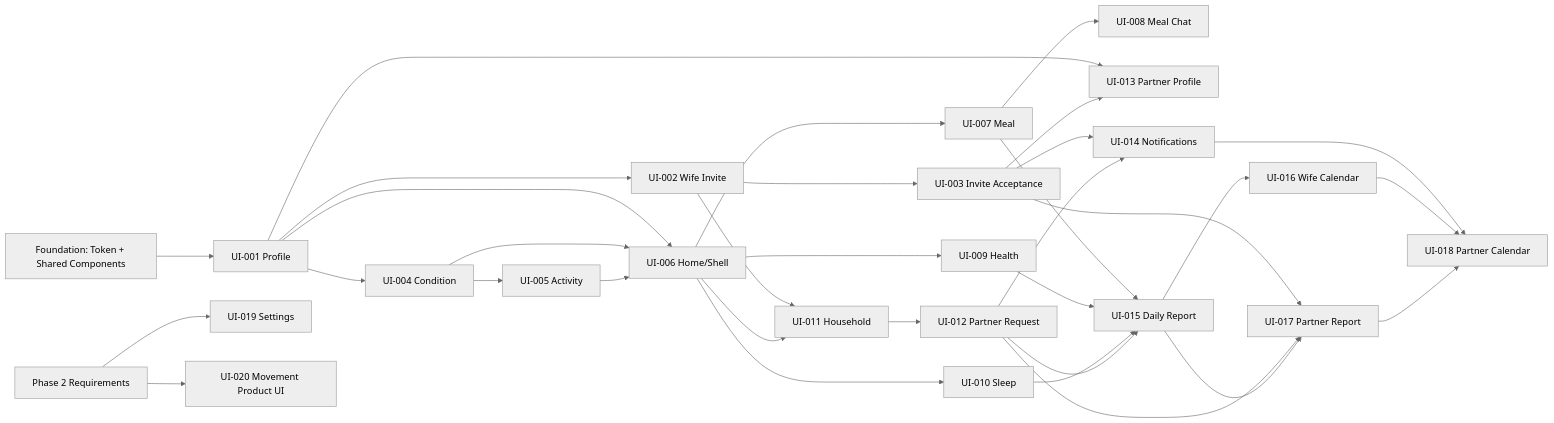
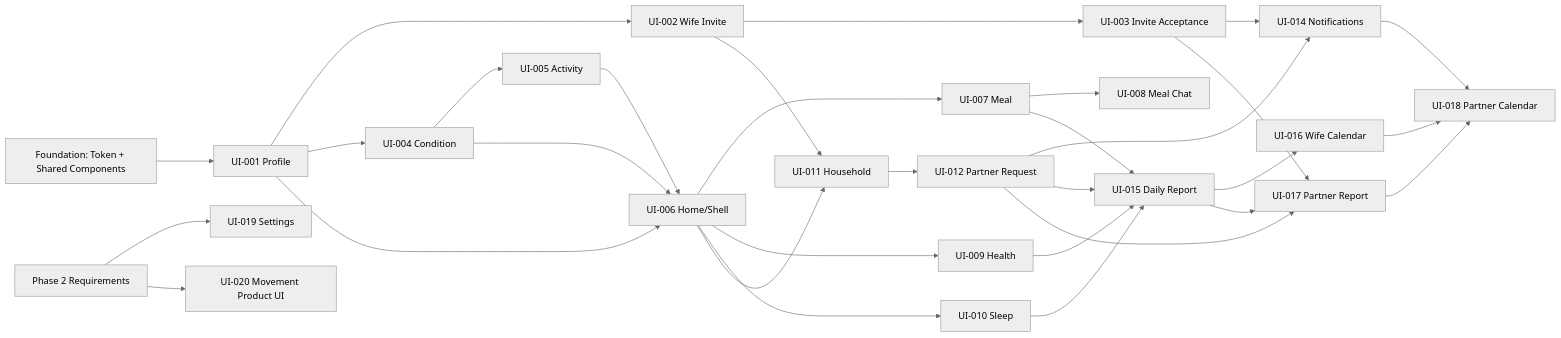
The diagram in docs/development/IMPLEMENTATION_STATUS.md (lgdxDORAEMI/PLM), drawn with Mermaid (neutral theme) before and after one commit. The commit also changed other lines of this file and 15 other files, not shown here.

````diff
--- a/docs/development/IMPLEMENTATION_STATUS.md
+++ b/docs/development/IMPLEMENTATION_STATUS.md
@@ -114,35 +113,33 @@
 ```mermaid
 flowchart LR
   F[Foundation: Token + Shared Components] --> U1[UI-001 Profile]
   U1 --> U2[UI-002 Wife Invite]
   U2 --> U3[UI-003 Invite Acceptance]
   U1 --> U4[UI-004 Condition]
   U4 --> U5[UI-005 Activity]
   U1 --> U6[UI-006 Home/Shell]
   U4 --> U6
   U5 --> U6
   U6 --> U7[UI-007 Meal]
   U7 --> U8[UI-008 Meal Chat]
   U6 --> U9[UI-009 Health]
   U6 --> U10[UI-010 Sleep]
   U2 --> U11[UI-011 Household]
   U6 --> U11
   U11 --> U12[UI-012 Partner Request]
-  U1 --> U13[UI-013 Partner Profile]
-  U3 --> U13
   U3 --> U14[UI-014 Notifications]
   U12 --> U14
   U7 --> U15[UI-015 Daily Report]
   U9 --> U15
   U10 --> U15
   U12 --> U15
   U15 --> U16[UI-016 Wife Calendar]
   U3 --> U17[UI-017 Partner Report]
   U12 --> U17
   U15 --> U17
   U14 --> U18[UI-018 Partner Calendar]
   U16 --> U18
   U17 --> U18
   P2[Phase 2 Requirements] --> U19[UI-019 Settings]
   P2 --> U20[UI-020 Movement Product UI]
 ```
````
